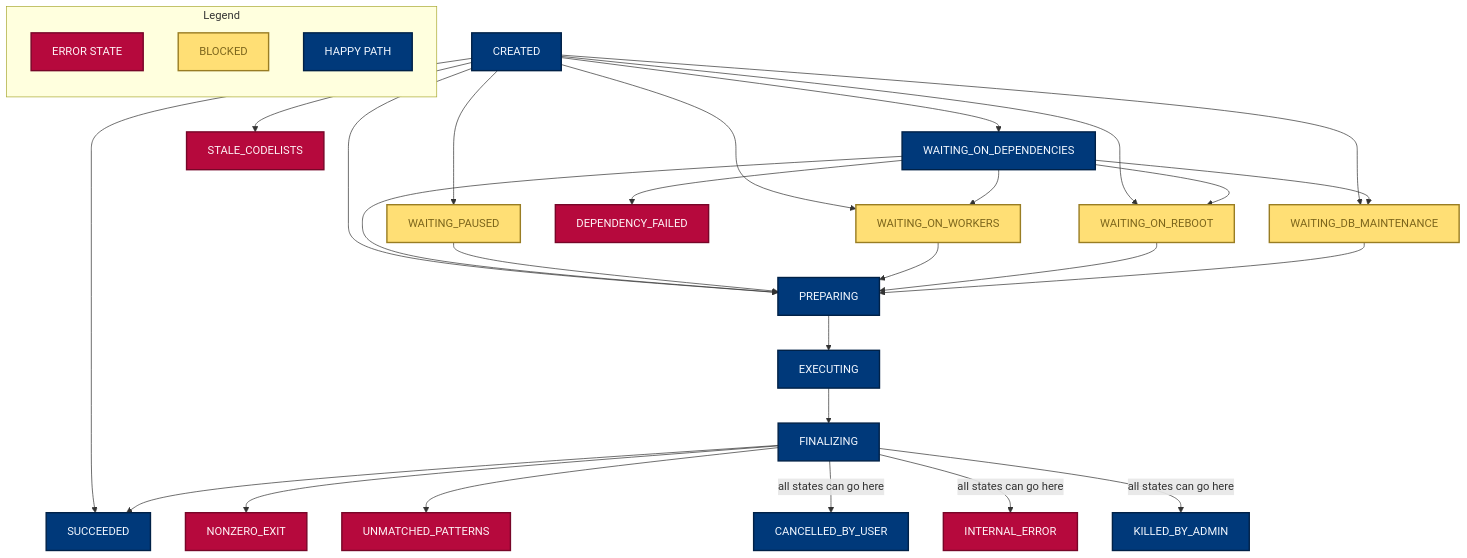
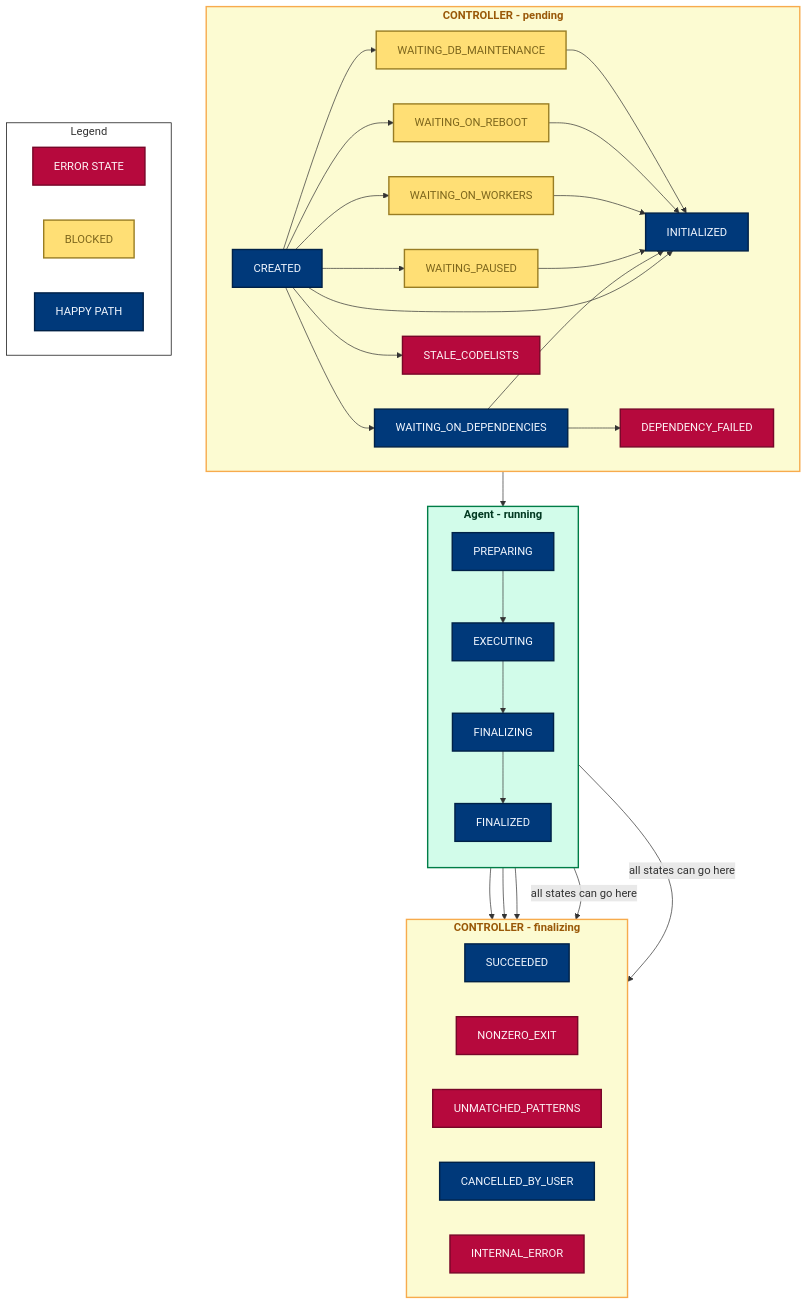
The diagram in DEVELOPERS.md (opensafely-core/job-runner), drawn with Mermaid before and after one commit. The commit also changed other lines of this file, not shown here.

Commit message:
Update state diagram

````diff
--- a/DEVELOPERS.md
+++ b/DEVELOPERS.md
@@ -140,44 +143,76 @@
 ```mermaid
 graph TD
-    CREATED --> PREPARING
+    CREATED --> INITIALIZED
     CREATED --> WAITING_ON_DEPENDENCIES
     CREATED --> WAITING_ON_WORKERS
     CREATED --> WAITING_ON_REBOOT
     CREATED --> WAITING_DB_MAINTENANCE
     CREATED --> WAITING_PAUSED
     CREATED --> STALE_CODELISTS
-    CREATED --> SUCCEEDED
-    WAITING_ON_DEPENDENCIES -->  WAITING_ON_WORKERS
-    WAITING_ON_DEPENDENCIES -->  WAITING_ON_REBOOT
-    WAITING_ON_DEPENDENCIES -->  WAITING_DB_MAINTENANCE
-    WAITING_ON_DEPENDENCIES --> PREPARING
+    INITIALIZED --> PREPARING
+    WAITING_ON_DEPENDENCIES --> INITIALIZED
     WAITING_ON_DEPENDENCIES --> DEPENDENCY_FAILED
-    WAITING_PAUSED --> PREPARING
-    WAITING_ON_WORKERS --> PREPARING
-    WAITING_ON_REBOOT --> PREPARING
-    WAITING_DB_MAINTENANCE --> PREPARING
+    WAITING_PAUSED --> INITIALIZED
+    WAITING_ON_WORKERS --> INITIALIZED
+    WAITING_ON_REBOOT --> INITIALIZED
+    WAITING_DB_MAINTENANCE --> INITIALIZED
     PREPARING --> EXECUTING
     EXECUTING --> FINALIZING
-    FINALIZING --> SUCCEEDED
-    FINALIZING --> NONZERO_EXIT
-    FINALIZING --> UNMATCHED_PATTERNS
-    FINALIZING --all states can go here--> CANCELLED_BY_USER
-    FINALIZING --all states can go here--> INTERNAL_ERROR
-    FINALIZING --all states can go here--> KILLED_BY_ADMIN
+    FINALIZING --> FINALIZED
+    FINALIZED --> SUCCEEDED
+    FINALIZED --> NONZERO_EXIT
+    FINALIZED --> UNMATCHED_PATTERNS
+    FINALIZED --all states can go here--> CANCELLED_BY_USER
+    FINALIZED --all states can go here--> INTERNAL_ERROR
+
+    subgraph controller1["`**CONTROLLER - pending**`"]
+      direction LR
+      CREATED
+      INITIALIZED
+      WAITING_DB_MAINTENANCE
+      WAITING_ON_DEPENDENCIES
+      WAITING_ON_REBOOT
+      WAITING_ON_WORKERS
+      WAITING_PAUSED
+      STALE_CODELISTS
+      DEPENDENCY_FAILED
+    end
+
+    subgraph agent["`**Agent - running**`"]
+      direction TB
+      PREPARING
+      EXECUTING
+      FINALIZING
+      FINALIZED
+    end
+
+    subgraph controller2["`**CONTROLLER - finalizing**`"]
+        direction LR
+        SUCCEEDED
+        CANCELLED_BY_USER
+        NONZERO_EXIT
+        UNMATCHED_PATTERNS
+        INTERNAL_ERROR
+    end
 
     subgraph Legend
-      direction TB
+      direction LR
       LEGEND_ERROR[ERROR STATE]
       LEGEND_BLOCKED[BLOCKED]
       LEGEND_NORMAL[HAPPY PATH]
     end
 
-    %% styles
+        %% styles
     classDef default fill:#00397a,color:#f1f7ff,stroke-width:2px,stroke:#002147;
     classDef error fill:#b6093d,color:#fef3f6,stroke-width:2px,stroke:#770628;
     classDef blocking fill:#ffdf75,color:#7d661c,stroke-width:2px,stroke:#997d23;
+    classDef legend fill:#fff,stroke:#000;
+    classDef agent fill:#d2fcea,color:#013820,stroke-width:2px,stroke:#007d47;
+    classDef controller fill:#fcfbd2,color:#995808,stroke-width:2px,stroke:#f7ab4d;
 
     class LEGEND_BLOCKED,WAITING_ON_WORKERS,WAITING_ON_REBOOT,WAITING_PAUSED,WAITING_DB_MAINTENANCE blocking
     class LEGEND_ERROR,INTERNAL_ERROR,UNMATCHED_PATTERNS,DEPENDENCY_FAILED,NONZERO_EXIT,STALE_CODELISTS error
-
+    class Legend legend
+    class agent agent
+    class controller1,controller2 controller
 ```
````
